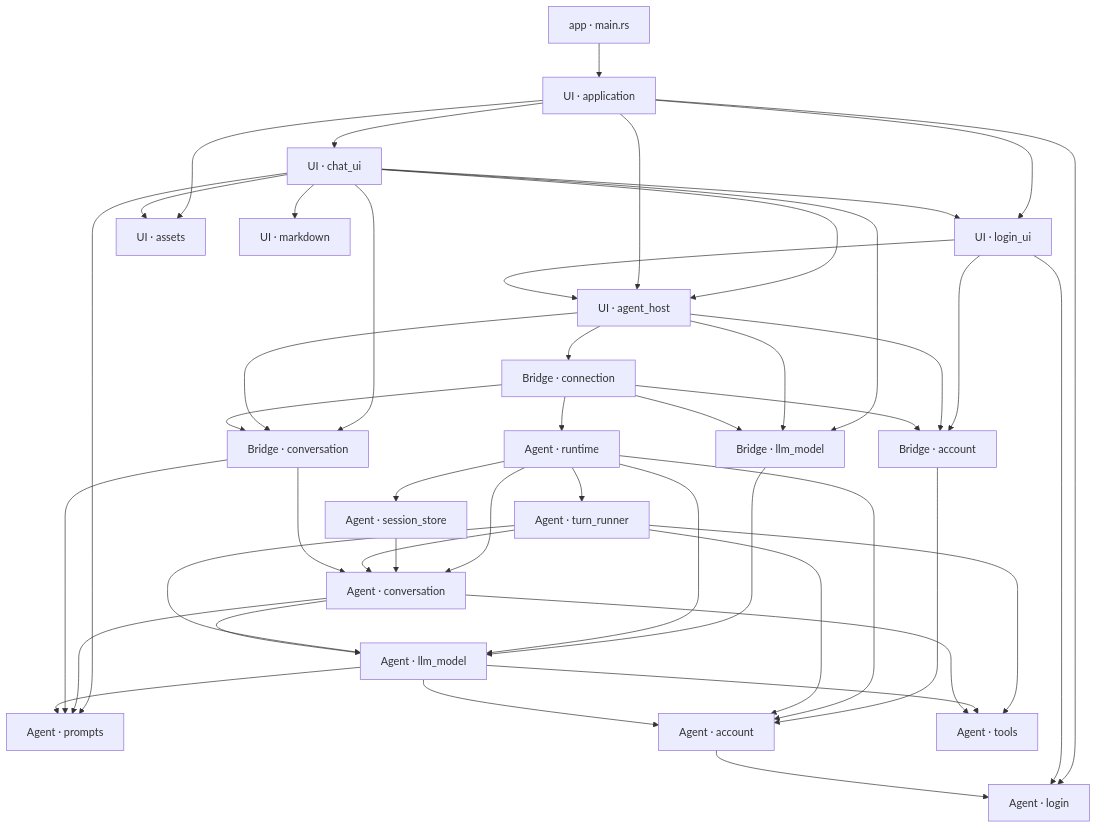
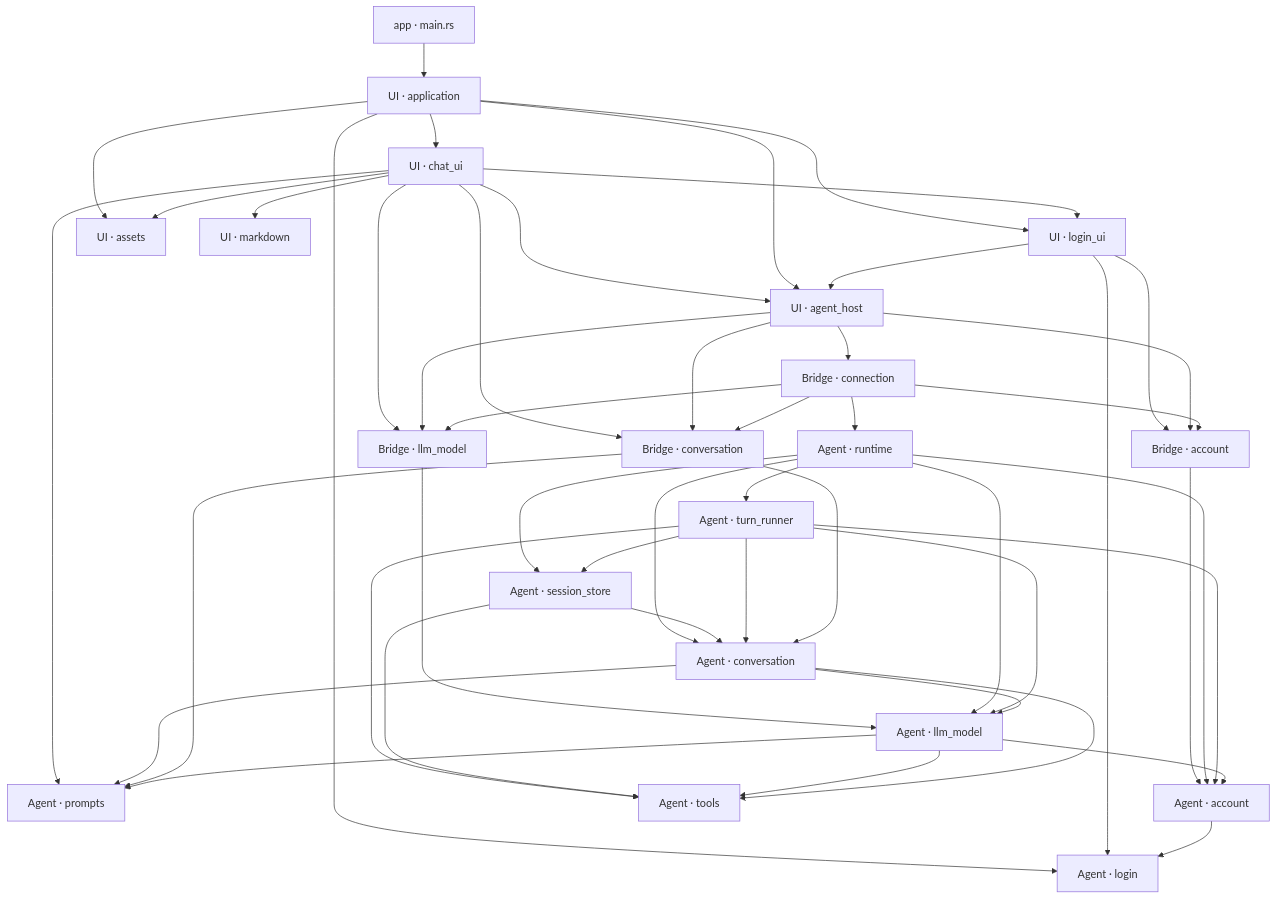
One commit to slc90/Agentelier changed the first of 3 diagrams in docs/design/architecture.md. Above: the diagram before and after it, drawn with Mermaid. The commit also changed other lines of this file and 17 other files, not shown here.

````diff
--- a/docs/design/architecture.md
+++ b/docs/design/architecture.md
@@ -33,48 +33,50 @@
 ```mermaid
 flowchart TD
     Entry["app · main.rs"] --> App["UI · application"]
     App --> UI["UI · login_ui"]
     App --> Assets["UI · assets"]
     App --> Login["Agent · login"]
     UI --> Login
     App --> ChatUI["UI · chat_ui"]
     ChatUI --> Markdown["UI · markdown"]
     ChatUI --> UI
     ChatUI --> Host
     App --> Host["UI · agent_host"]
     UI --> Host
     Host --> Connection["Bridge · connection"]
     UI --> AccountBridge["Bridge · account"]
     ChatUI --> ModelBridge["Bridge · llm_model"]
     ChatUI --> ConversationBridge["Bridge · conversation"]
     ChatUI --> Prompts["Agent · prompts"]
     ChatUI --> Assets
     Host --> AccountBridge
     Host --> ModelBridge
     Host --> ConversationBridge
     Connection --> Runtime["Agent · runtime"]
     Connection --> AccountBridge
     Connection --> ModelBridge
     Connection --> ConversationBridge
     AccountBridge --> Account["Agent · account"]
     ModelBridge --> Model["Agent · llm_model"]
     Runtime --> Account
     Runtime --> Model
     Runtime --> Conversation["Agent · conversation"]
     Runtime --> SessionStore["Agent · session_store"]
     SessionStore --> Conversation
     Runtime --> Runner["Agent · turn_runner"]
     Runner --> Conversation
     Runner --> Model
     Runner --> Account
     Runner --> Tools["Agent · tools"]
+    Runner --> SessionStore
+    SessionStore --> Tools
     Model --> Tools
     Conversation --> Tools
     Conversation --> Model
     Conversation --> Prompts
     ConversationBridge --> Conversation
     ConversationBridge --> Prompts
     Model --> Prompts
     Model --> Account
     Account --> Login
 ```
````
